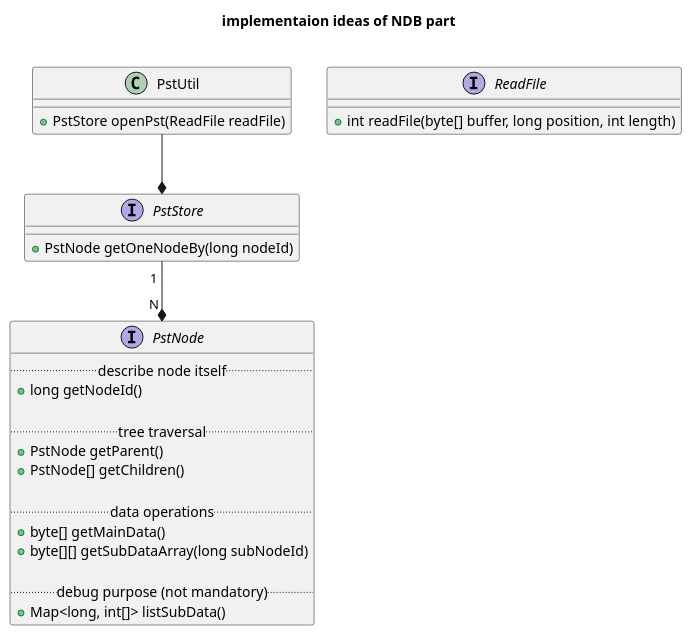
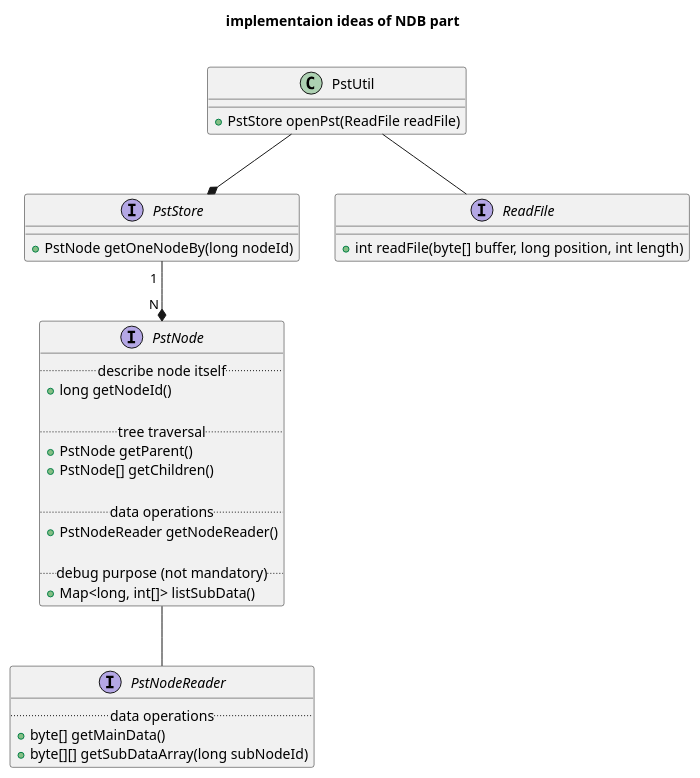
The second of 5 diagrams in plantuml/base.plantuml (Kris-LIBIS/ruby-msg), drawn with PlantUML before and after one commit. The commit also changed other lines of this file and 2 other files, not shown here.

```diff
--- a/plantuml/base.plantuml
+++ b/plantuml/base.plantuml
@@ -15,35 +15,42 @@
 @startuml schematic
 title implementaion ideas of NDB part\n
 
 class PstUtil {
     + PstStore openPst(ReadFile readFile)
 }
 
 interface PstStore {
     + PstNode getOneNodeBy(long nodeId)
 }
 
 interface PstNode {
     .. describe node itself ..
     + long getNodeId()
 
     .. tree traversal ..
     + PstNode getParent()
     + PstNode[] getChildren()
 
     .. data operations ..
-    + byte[] getMainData()
-    + byte[][] getSubDataArray(long subNodeId)
+    + PstNodeReader getNodeReader()
 
     .. debug purpose (not mandatory) ..
     + Map<long, int[]> listSubData()
 }
 
+interface PstNodeReader {
+    .. data operations ..
+    + byte[] getMainData()
+    + byte[][] getSubDataArray(long subNodeId)
+}
+
 PstUtil --* PstStore
+PstUtil -- ReadFile
 PstStore " 1 " --* " N " PstNode
+PstNode -- PstNodeReader
 
 interface ReadFile {
     + int readFile(byte[] buffer, long position, int length)
 }
 
 @enduml
```
